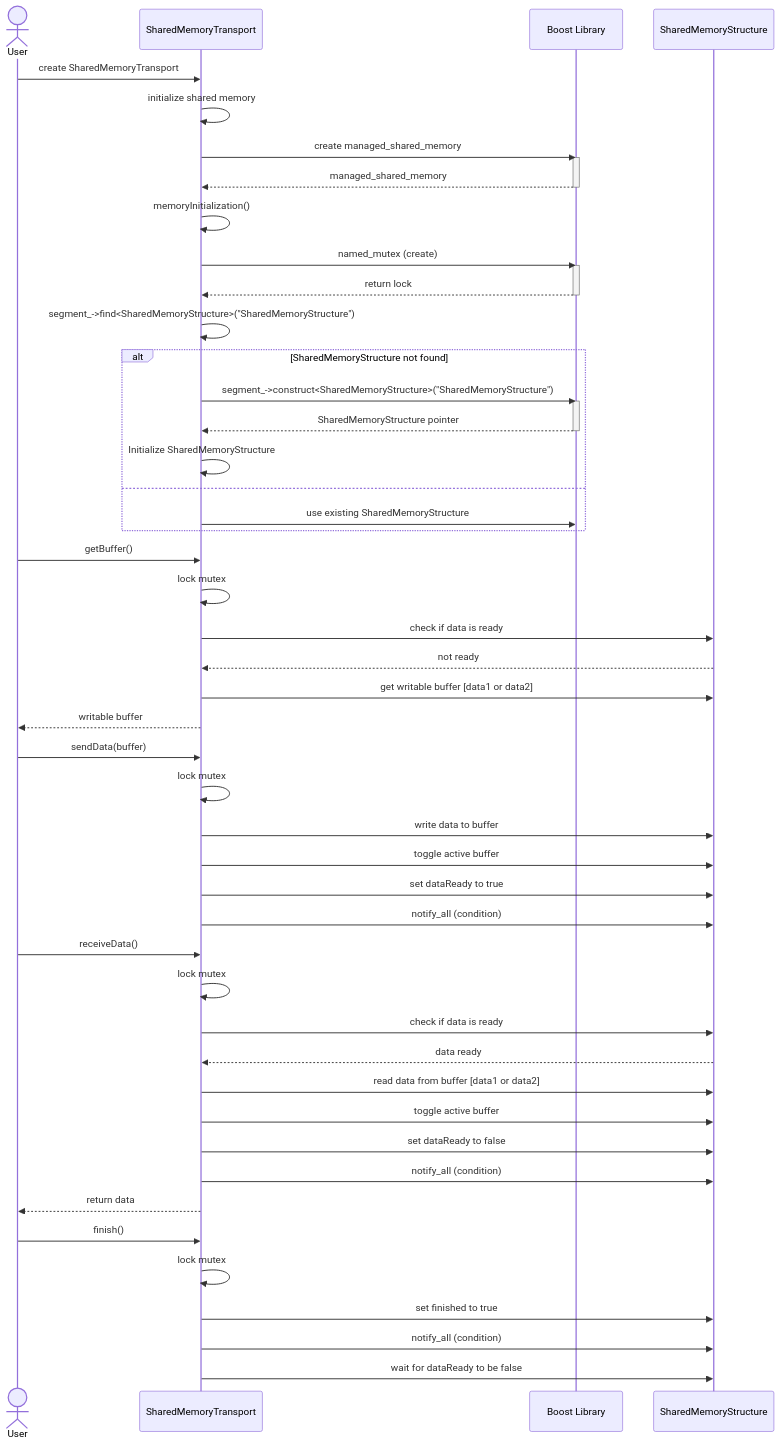
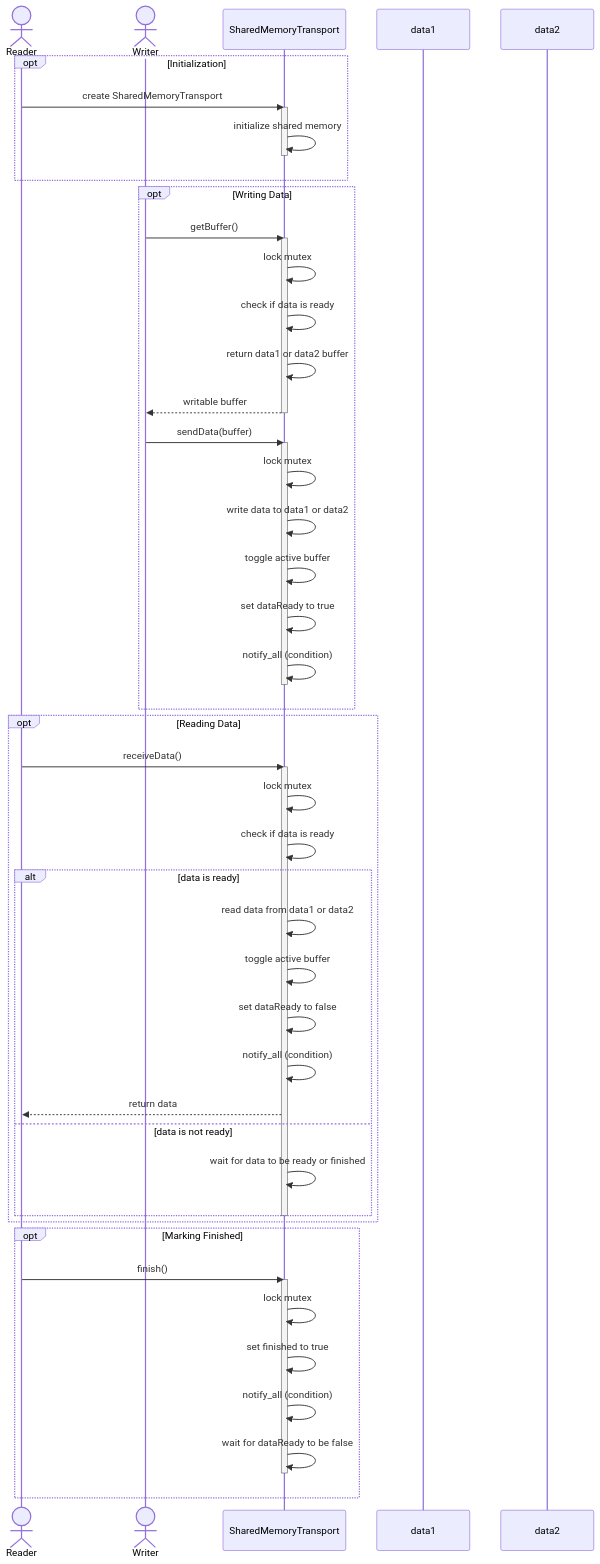
One commit to vano19/CopyProgramm changed the diagram in README.md. Above: the diagram before and after it, drawn with Mermaid. The commit also changed 1 other file, not shown here.

Commit message:
Update diagrams

````diff
--- a/README.md
+++ b/README.md
@@ -3,61 +3,62 @@
 ```mermaid
 sequenceDiagram
-    actor User
+    actor Reader
+    actor Writer
 
     participant SMT as SharedMemoryTransport
-    participant BL as Boost Library
-    participant SMS as SharedMemoryStructure
+    participant data1
+    participant data2
 
-    User ->> SMT: create SharedMemoryTransport
-    SMT ->> SMT: initialize shared memory
-    SMT ->> BL: create managed_shared_memory
-    activate BL
-    BL -->> SMT: managed_shared_memory
-    deactivate BL
-    SMT ->> SMT: memoryInitialization()
-    SMT ->> BL: named_mutex (create)
-    activate BL
-    BL -->> SMT: return lock
-    deactivate BL
-    SMT ->> SMT: segment_->find<SharedMemoryStructure>("SharedMemoryStructure")
-
-    alt SharedMemoryStructure not found
-      SMT ->> BL: segment_->construct<SharedMemoryStructure>("SharedMemoryStructure")
-      activate BL
-      BL -->> SMT: SharedMemoryStructure pointer
-      deactivate BL
-      SMT ->> SMT: Initialize SharedMemoryStructure
-    else
-      SMT ->> BL: use existing SharedMemoryStructure
+    opt Initialization
+        Reader ->> SMT: create SharedMemoryTransport
+        activate SMT
+        SMT ->> SMT: initialize shared memory
+        deactivate SMT
     end
 
-    User ->> SMT: getBuffer()
-    SMT ->> SMT: lock mutex
-    SMT ->> SMS: check if data is ready
-    SMS -->> SMT: not ready
-    SMT ->> SMS: get writable buffer [data1 or data2]
-    SMT -->> User: writable buffer
+    opt Writing Data
+        Writer ->> SMT: getBuffer()
+        activate SMT
+        SMT ->> SMT: lock mutex
+        SMT ->> SMT: check if data is ready
+        SMT ->> SMT: return data1 or data2 buffer
+        SMT -->> Writer: writable buffer
+        deactivate SMT
 
-    User ->> SMT: sendData(buffer)
-    SMT ->> SMT: lock mutex
-    SMT ->> SMS: write data to buffer
-    SMT ->> SMS: toggle active buffer
-    SMT ->> SMS: set dataReady to true
-    SMT ->> SMS: notify_all (condition)
+        Writer ->> SMT: sendData(buffer)
+        activate SMT
+        SMT ->> SMT: lock mutex
+        SMT ->> SMT: write data to data1 or data2
+        SMT ->> SMT: toggle active buffer
+        SMT ->> SMT: set dataReady to true
+        SMT ->> SMT: notify_all (condition)
+        deactivate SMT
+    end
 
-    User ->> SMT: receiveData()
-    SMT ->> SMT: lock mutex
-    SMT ->> SMS: check if data is ready
-    SMS -->> SMT: data ready
-    SMT ->> SMS: read data from buffer [data1 or data2]
-    SMT ->> SMS: toggle active buffer
-    SMT ->> SMS: set dataReady to false
-    SMT ->> SMS: notify_all (condition)
-    SMT -->> User: return data
+    opt Reading Data
+        Reader ->> SMT: receiveData()
+        activate SMT
+        SMT ->> SMT: lock mutex
+        SMT ->> SMT: check if data is ready
+        alt data is ready
+            SMT ->> SMT: read data from data1 or data2
+            SMT ->> SMT: toggle active buffer
+            SMT ->> SMT: set dataReady to false
+            SMT ->> SMT: notify_all (condition)
+            SMT -->> Reader: return data
+        else data is not ready
+            SMT ->> SMT: wait for data to be ready or finished
+        end
+        deactivate SMT
+    end
 
-    User ->> SMT: finish()
-    SMT ->> SMT: lock mutex
-    SMT ->> SMS: set finished to true
-    SMT ->> SMS: notify_all (condition)
-    SMT ->> SMS: wait for dataReady to be false
+    opt Marking Finished
+        Reader ->> SMT: finish()
+        activate SMT
+        SMT ->> SMT: lock mutex
+        SMT ->> SMT: set finished to true
+        SMT ->> SMT: notify_all (condition)
+        SMT ->> SMT: wait for dataReady to be false
+        deactivate SMT
+    end
 ```
````
